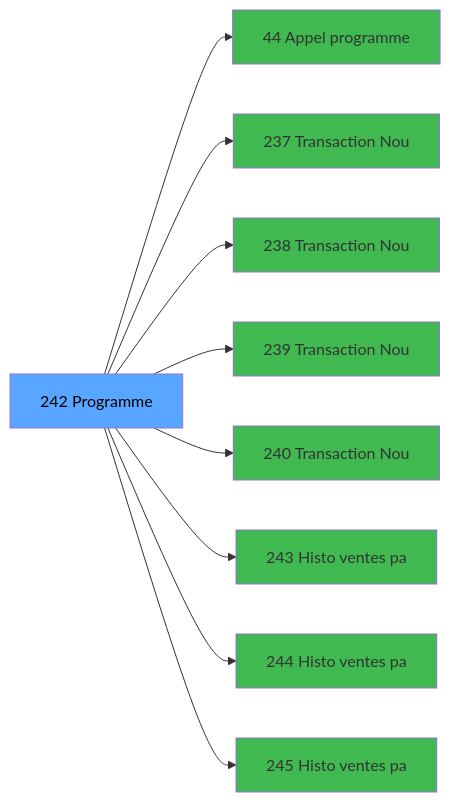
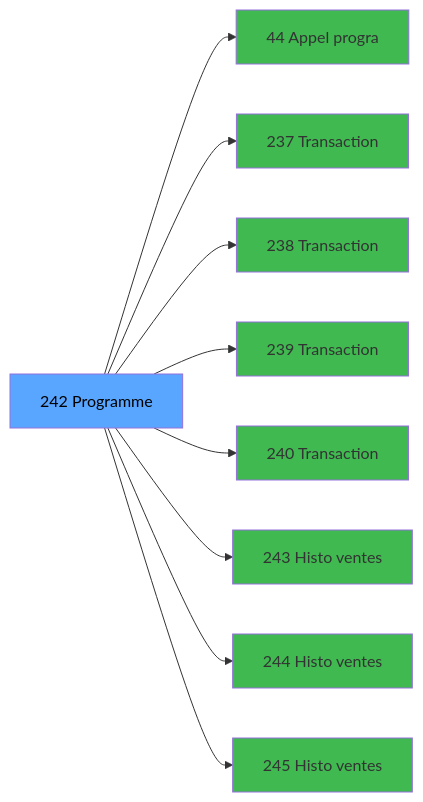
One commit to thonyAGP/magic-migration changed the third of 3 diagrams in .openspec/specs/ADH-IDE-242.md. Above: the diagram before and after it, drawn with Mermaid. The commit also changed other lines of this file and 323 other files, not shown here.

````diff
--- a/.openspec/specs/ADH-IDE-242.md
+++ b/.openspec/specs/ADH-IDE-242.md
@@ -121,29 +159,29 @@
 ```mermaid
 graph LR
     T[242 Programme]
-    C44[44 Appel programme]
+    C44[44 Appel progra]
     T --> C44
-    C237[237 Transaction Nou]
+    C237[237 Transaction ]
     T --> C237
-    C238[238 Transaction Nou]
+    C238[238 Transaction ]
     T --> C238
-    C239[239 Transaction Nou]
+    C239[239 Transaction ]
     T --> C239
-    C240[240 Transaction Nou]
+    C240[240 Transaction ]
     T --> C240
-    C243[243 Histo ventes pa]
+    C243[243 Histo ventes]
     T --> C243
-    C244[244 Histo ventes pa]
+    C244[244 Histo ventes]
     T --> C244
-    C245[245 Histo ventes pa]
+    C245[245 Histo ventes]
     T --> C245
     style T fill:#58a6ff,color:#000
     style C44 fill:#3fb950
     style C237 fill:#3fb950
     style C238 fill:#3fb950
     style C239 fill:#3fb950
     style C240 fill:#3fb950
     style C243 fill:#3fb950
     style C244 fill:#3fb950
     style C245 fill:#3fb950
 ```
````
